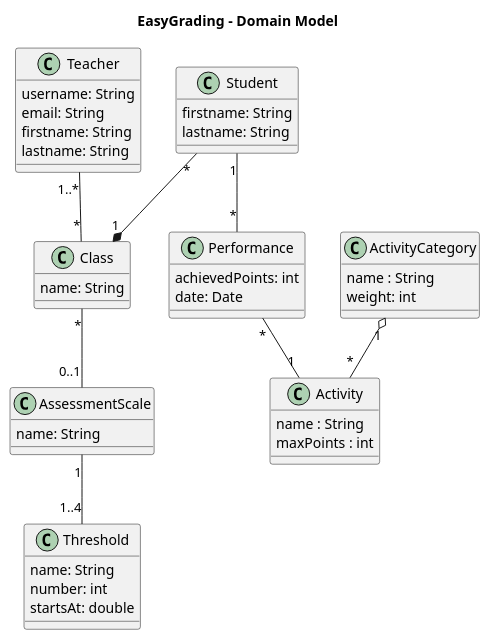
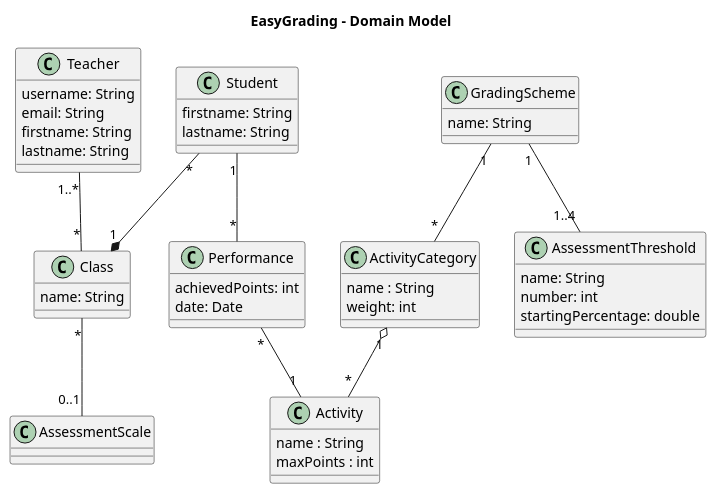
The diagram in easygrading-backend/src/main/resources/DomainModel.puml (erki/EasyGrading), drawn with PlantUML before and after one commit. The commit also changed 16 other files, not shown here.

```diff
--- a/easygrading-backend/src/main/resources/DomainModel.puml
+++ b/easygrading-backend/src/main/resources/DomainModel.puml
@@ -1,62 +1,62 @@
 @startuml
 
 title EasyGrading - Domain Model
 
 class Student {
     firstname: String
     lastname: String
 }
 
 class Class {
     name: String
 }
 
 class Teacher {
     username: String
     email: String
     firstname: String
     lastname: String
 }
 
 
 Student "*" --* "1" Class
 Teacher "1..*" -- "*" Class
 
+class Performance {
+    achievedPoints: int
+    date: Date
+}
 
+class GradingScheme {
+    name: String
+}
 
 class ActivityCategory {
     name : String
     weight: int
 }
 
 class Activity {
     name : String
     maxPoints : int
 }
 
-class Performance {
-    achievedPoints: int
-    date: Date
+Class "*" -- "0..1" AssessmentScale
+
+class AssessmentThreshold {
+    name: String
+    number: int
+    startingPercentage: double
 }
 
-class AssessmentScale {
-   name: String
-}
 
-Class "*" -- "0..1" AssessmentScale
-
-class Threshold {
-    name: String
-    number: int
-    startsAt: double
-}
-
-AssessmentScale "1" -- "1..4" Threshold
+GradingScheme "1" -- "1..4" AssessmentThreshold
+GradingScheme "1" -- "*" ActivityCategory
 
 Student "1" -- "*" Performance
 Performance "*" -- "1" Activity
 
 ActivityCategory "1" o-- "*" Activity
 
 
 @enduml
```
